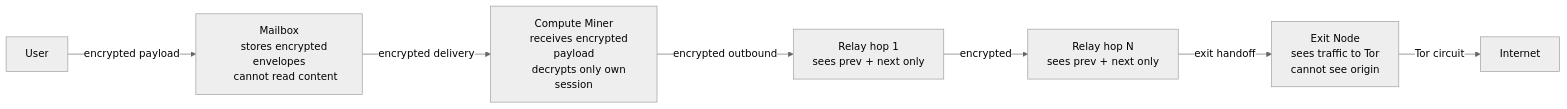
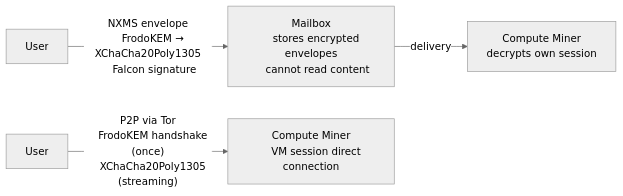
Before and after one commit to niirmataa/privAI: the tenth of 12 diagrams in spec/PRIVAI_V0_PRIVATE_COMPUTE/PRIVAI_V0_DIAGRAMS.md, drawn with Mermaid (neutral theme). The commit also changed other lines of this file and 211 other files, not shown here.

````diff
--- a/spec/PRIVAI_V0_PRIVATE_COMPUTE/PRIVAI_V0_DIAGRAMS.md
+++ b/spec/PRIVAI_V0_PRIVATE_COMPUTE/PRIVAI_V0_DIAGRAMS.md
@@ -286,19 +391,16 @@
 ```mermaid
 flowchart LR
-    U["User"] -->|"encrypted payload"| MB["Mailbox
+    U["User"] -->|"NXMS envelope
+    FrodoKEM → XChaCha20Poly1305
+    Falcon signature"| MB["Mailbox
     stores encrypted envelopes
     cannot read content"]
 
-    MB -->|"encrypted delivery"| CM["Compute Miner
-    receives encrypted payload
-    decrypts only own session"]
+    MB -->|"delivery"| CM["Compute Miner
+    decrypts own session"]
 
-    CM -->|"encrypted outbound"| R1["Relay hop 1
-    sees prev + next only"]
-    R1 -->|"encrypted"| R2["Relay hop N
-    sees prev + next only"]
-    R2 -->|"exit handoff"| EX["Exit Node
-    sees traffic to Tor
-    cannot see origin"]
-    EX -->|"Tor circuit"| INT["Internet"]
+    U2["User"] -->|"P2P via Tor
+    FrodoKEM handshake (once)
+    XChaCha20Poly1305 (streaming)"| CM2["Compute Miner
+    VM session direct connection"]
 ```
````
